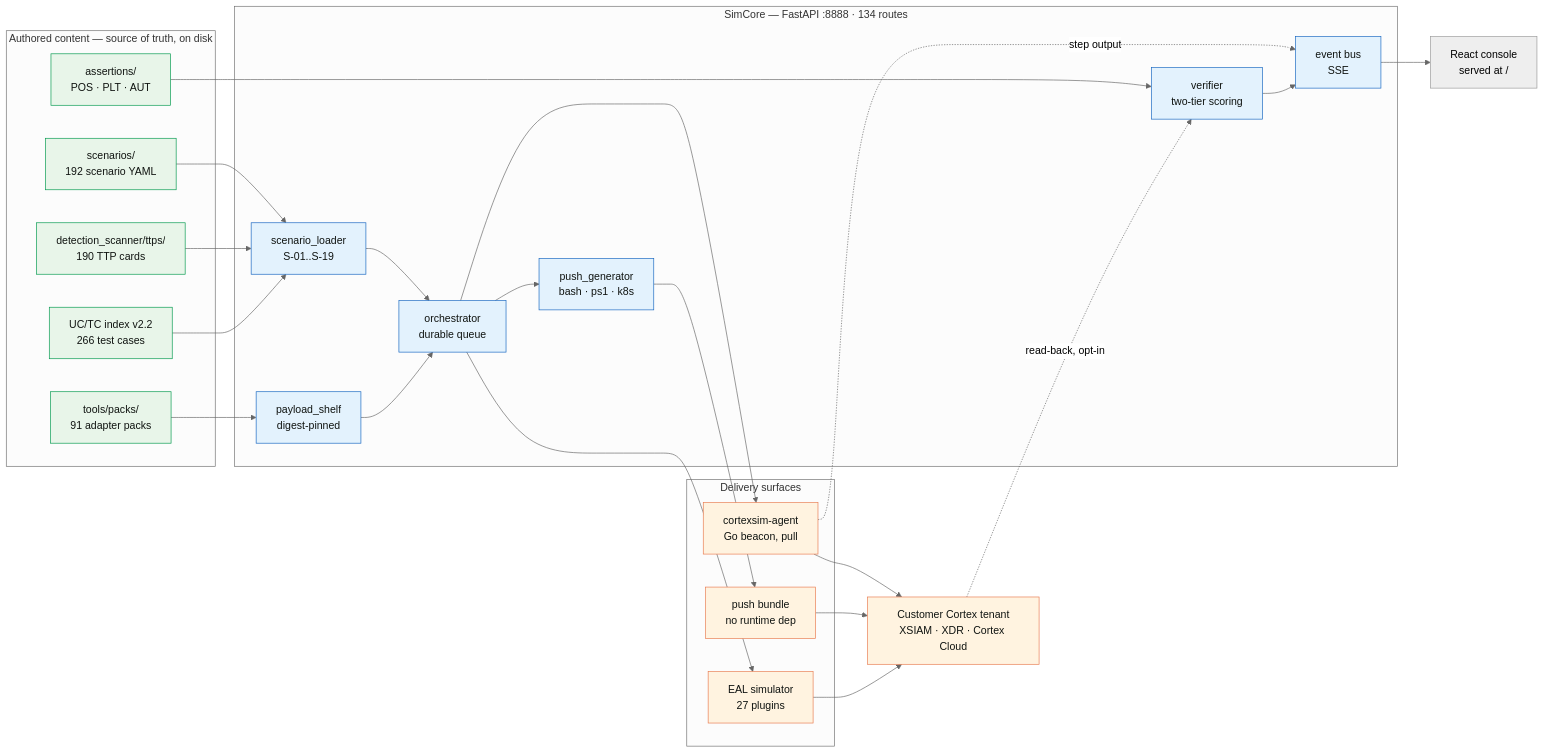
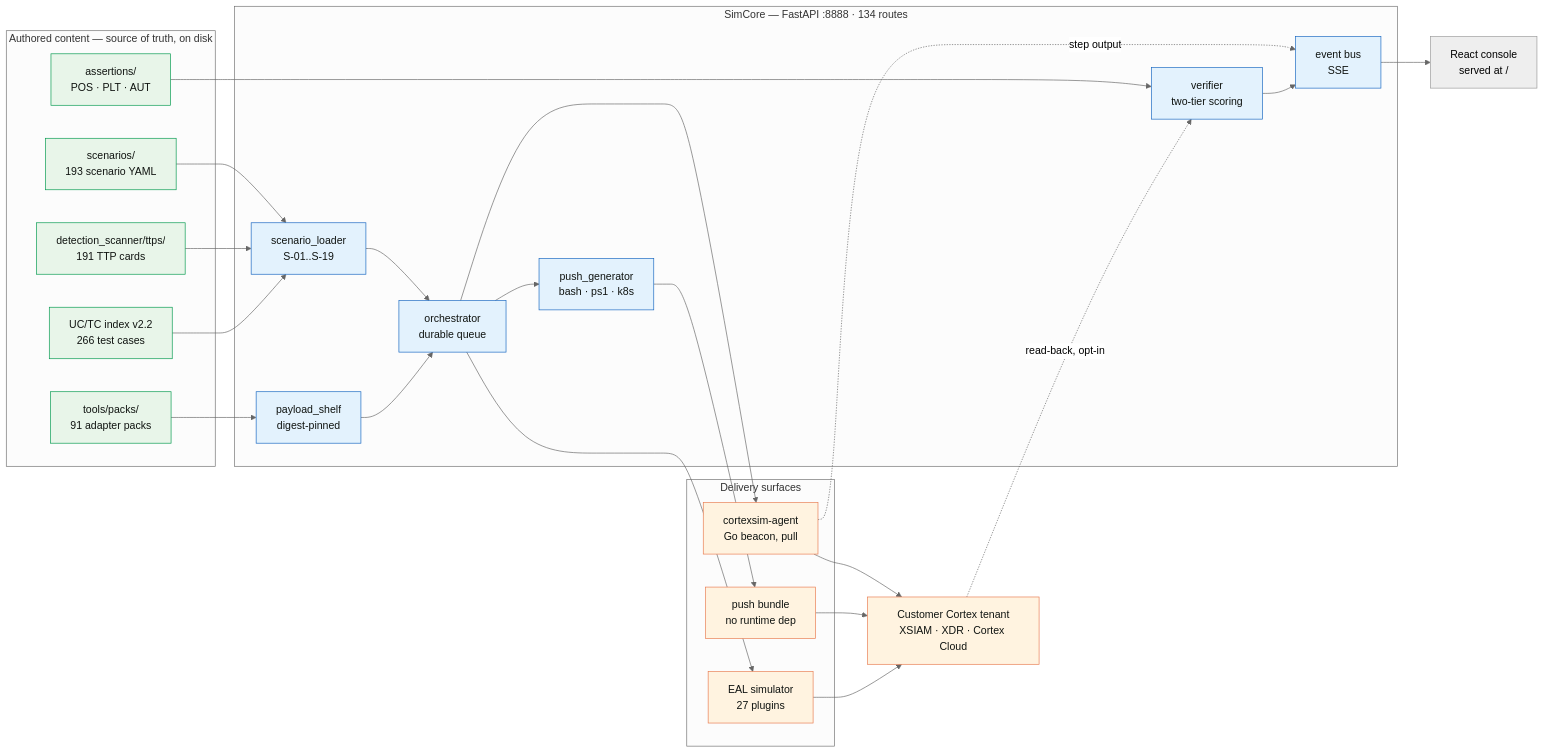
Before and after one commit to hankthebldr/cortex-pov-engine: the first of 6 diagrams in README.md, drawn with Mermaid (neutral theme). The commit also changed other lines of this file and 7 other files, not shown here.

````diff
--- a/README.md
+++ b/README.md
@@ -193,54 +193,54 @@
 ```mermaid
 flowchart LR
     subgraph AUTHOR["Authored content — source of truth, on disk"]
-        SC["scenarios/<br/>192 scenario YAML"]
-        TTP["detection_scanner/ttps/<br/>190 TTP cards"]
+        SC["scenarios/<br/>193 scenario YAML"]
+        TTP["detection_scanner/ttps/<br/>191 TTP cards"]
         ASRT["assertions/<br/>POS · PLT · AUT"]
         PACK["tools/packs/<br/>91 adapter packs"]
         IDX["UC/TC index v2.2<br/>266 test cases"]
     end
 
     subgraph CORE["SimCore — FastAPI :8888 · 134 routes"]
         LOAD["scenario_loader<br/>S-01..S-19"]
         ORCH["orchestrator<br/>durable queue"]
         SHELF["payload_shelf<br/>digest-pinned"]
         VERIF["verifier<br/>two-tier scoring"]
         BUS["event bus<br/>SSE"]
         PUSH["push_generator<br/>bash · ps1 · k8s"]
     end
 
     subgraph EXEC["Delivery surfaces"]
         AGENT["cortexsim-agent<br/>Go beacon, pull"]
         BUNDLE["push bundle<br/>no runtime dep"]
         EAL["EAL simulator<br/>27 plugins"]
     end
 
     TENANT["Customer Cortex tenant<br/>XSIAM · XDR · Cortex Cloud"]
     UI["React console<br/>served at /"]
 
     SC --> LOAD
     TTP --> LOAD
     PACK --> SHELF
     IDX --> LOAD
     ASRT --> VERIF
     LOAD --> ORCH
     SHELF --> ORCH
     ORCH --> AGENT
     ORCH --> PUSH
     PUSH --> BUNDLE
     ORCH --> EAL
     AGENT --> TENANT
     BUNDLE --> TENANT
     EAL --> TENANT
     AGENT -. "step output" .-> BUS
     BUS --> UI
     TENANT -. "read-back, opt-in" .-> VERIF
     VERIF --> BUS
 
     classDef src fill:#e8f5e9,stroke:#00994d,color:#101411
     classDef eng fill:#e3f2fd,stroke:#1565c0,color:#101411
     classDef out fill:#fff3e0,stroke:#e87a4f,color:#101411
     class SC,TTP,ASRT,PACK,IDX src
     class LOAD,ORCH,SHELF,VERIF,BUS,PUSH eng
     class AGENT,BUNDLE,EAL,TENANT out
 ```
````
